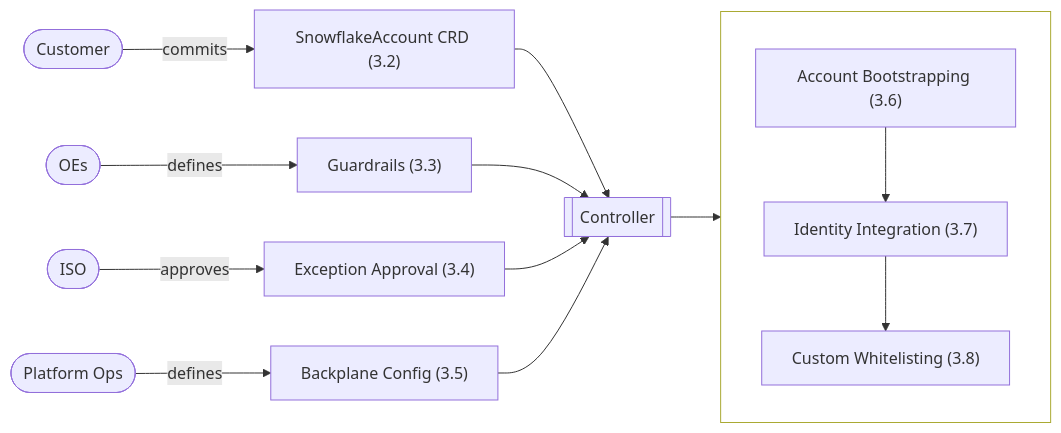
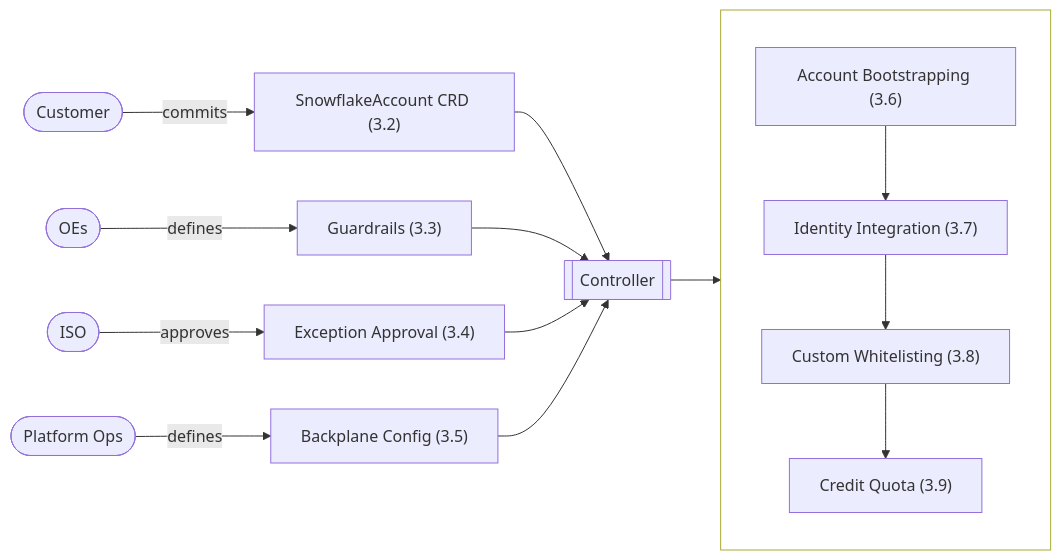
One commit to allianz/yukimi changed the diagram in specs/design.md. Above: the diagram before and after it, drawn with Mermaid. The commit also changed other lines of this file, not shown here.

Commit message:
added credit quotas

````diff
--- a/specs/design.md
+++ b/specs/design.md
@@ -113,22 +116,23 @@
 ```mermaid
 flowchart LR
     Customer([Customer]) -->|commits| CRD["SnowflakeAccount CRD (3.2)"]
     OEs([OEs]) -->|defines| Guardrails["Guardrails (3.3)"]
     ISO([ISO]) -->|approves| Exceptions["Exception Approval (3.4)"]
     Ops([Platform Ops]) -->|defines| BackplaneConfig["Backplane Config (3.5)"]
 
     CRD --> Controller[[Controller]]
     Guardrails --> Controller
     Exceptions --> Controller
     BackplaneConfig --> Controller
 
     Controller --> CreateFlow
 
     subgraph createFlowGroup [" "]
         direction TB
         CreateFlow["Account Bootstrapping (3.6)"] --> IdentityIntegration["Identity Integration (3.7)"]
         IdentityIntegration --> Whitelisting["Custom Whitelisting (3.8)"]
+        Whitelisting --> CreditQuota["Credit Quota (3.9)"]
     end
 
     style createFlowGroup fill:transparent
 ```
````
